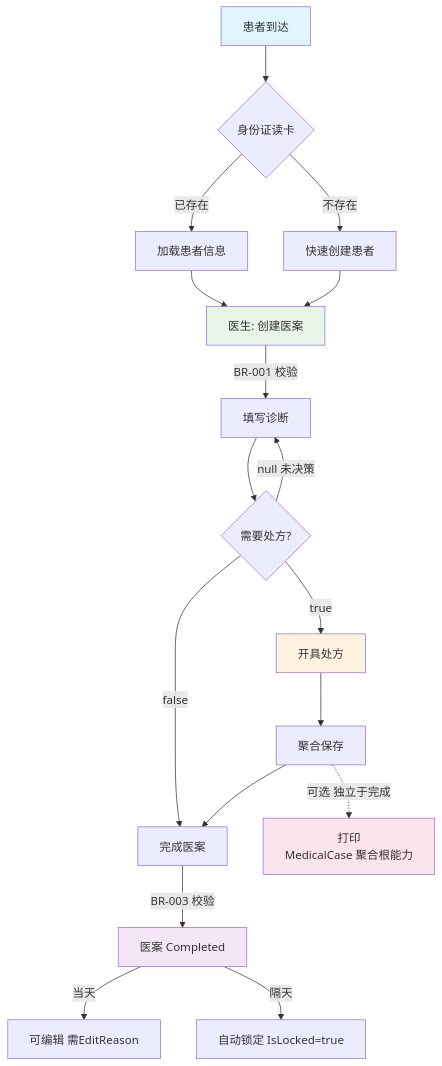
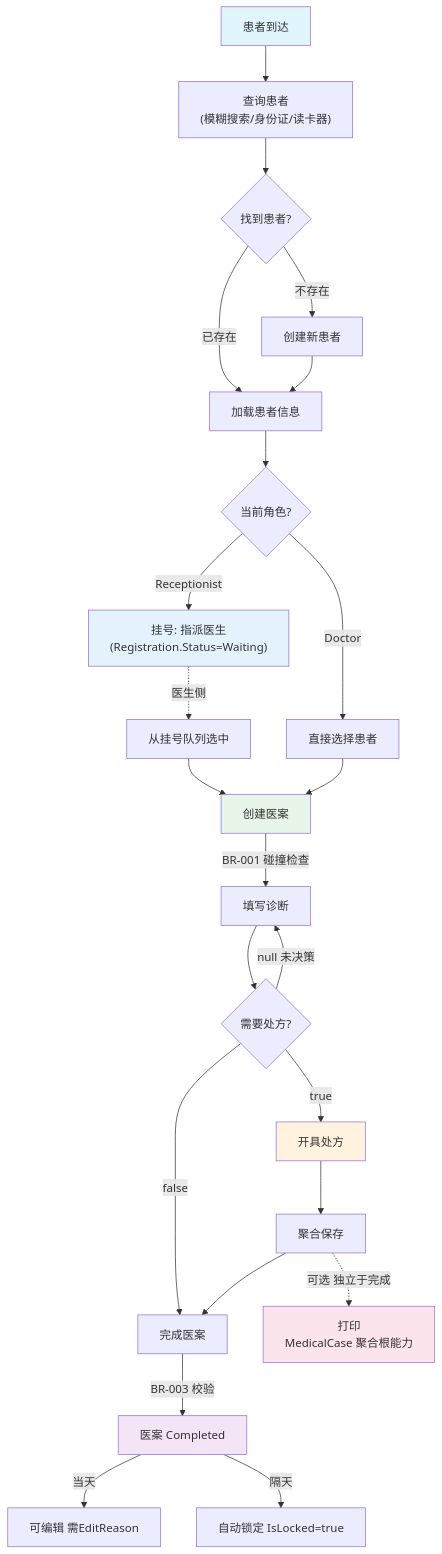
Before and after one commit to shouqitao/LYBTZYZS: the second of 12 diagrams in docs/01-product/clinical-workflow.md, drawn with Mermaid. The commit also changed other lines of this file and 72 other files, not shown here.

````diff
--- a/docs/01-product/clinical-workflow.md
+++ b/docs/01-product/clinical-workflow.md
@@ -83,29 +106,38 @@
 ```mermaid
 flowchart TD
-    A[患者到达] --> B{身份证读卡}
-    B -->|已存在| C[加载患者信息]
-    B -->|不存在| D[快速创建患者]
-    C --> E[医生: 创建医案]
-    D --> E
+    A[患者到达] --> QueryPatient["查询患者\n(模糊搜索/身份证/读卡器)"]
+    QueryPatient --> Found{找到患者?}
+    Found -->|已存在| C[加载患者信息]
+    Found -->|不存在| D[创建新患者]
+    D --> C
 
-    E -->|BR-001 校验| F[填写诊断]
+    C --> RoleCheck{当前角色?}
+    RoleCheck -->|Receptionist| Reg["挂号: 指派医生\n(Registration.Status=Waiting)"]
+    RoleCheck -->|Doctor| DirectCreate[直接选择患者]
+
+    Reg -.->|医生侧| DoctorQueue["从挂号队列选中"]
+    DoctorQueue --> E
+    DirectCreate --> E
+
+    E["创建医案"] -->|BR-001 碰撞检查| F[填写诊断]
     F --> G{需要处方?}
     G -->|true| H[开具处方]
     G -->|false| K[完成医案]
     G -->|null 未决策| F
 
     H --> I[聚合保存]
     I --> K[完成医案]
 
     K -->|BR-003 校验| M[医案 Completed]
     M -->|当天| N[可编辑 需EditReason]
     M -->|隔天| O[自动锁定 IsLocked=true]
 
     I -.->|可选 独立于完成| L[打印<br/>MedicalCase 聚合根能力]
 
     style A fill:#e1f5fe
+    style Reg fill:#e3f2fd
     style E fill:#e8f5e9
     style H fill:#fff3e0
     style L fill:#fce4ec
     style M fill:#f3e5f5
 ```
````
